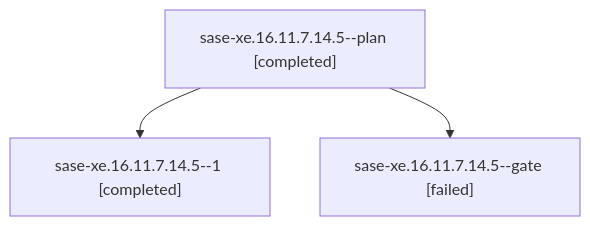
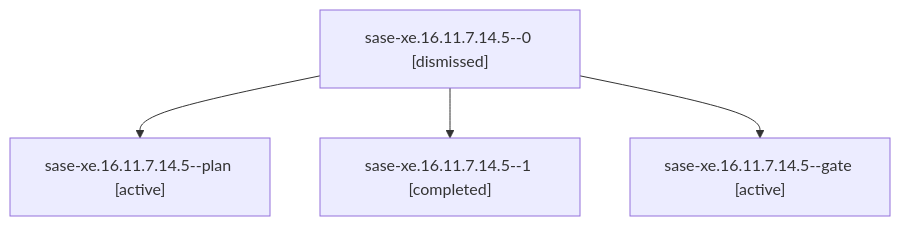
One commit to sase-org/sase--agents changed the diagram in families/bbugyi200.athena.sase-xe.16.11.7.14.5.md. Above: the diagram before and after it, drawn with Mermaid. The commit also changed other lines of this file and 35830 other files, not shown here.

````diff
--- a/families/bbugyi200.athena.sase-xe.16.11.7.14.5.md
+++ b/families/bbugyi200.athena.sase-xe.16.11.7.14.5.md
@@ -9,8 +9,10 @@
 ```mermaid
 flowchart TD
-  n0["sase-xe.16.11.7.14.5--plan [completed]"]
-  n1["sase-xe.16.11.7.14.5--1 [completed]"]
+  n0["sase-xe.16.11.7.14.5--0 [dismissed]"]
+  n1["sase-xe.16.11.7.14.5--plan [active]"]
   n0 --> n1
-  n2["sase-xe.16.11.7.14.5--gate [failed]"]
+  n2["sase-xe.16.11.7.14.5--1 [completed]"]
   n0 --> n2
+  n3["sase-xe.16.11.7.14.5--gate [active]"]
+  n0 --> n3
 ```
````
